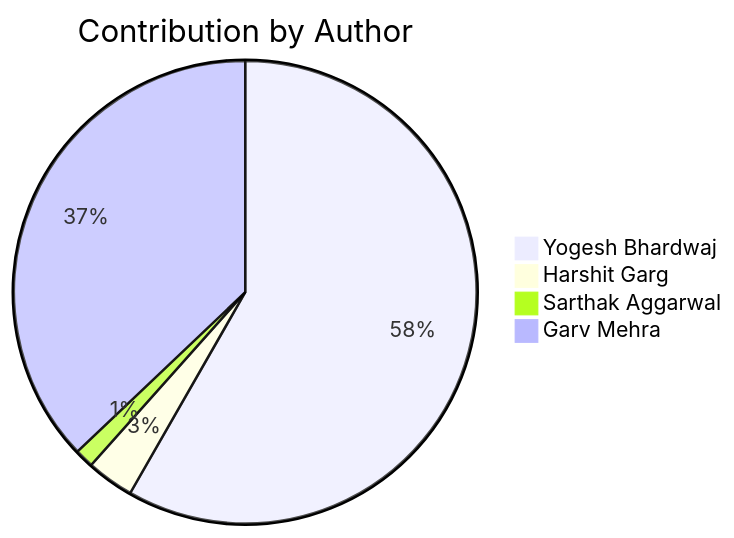
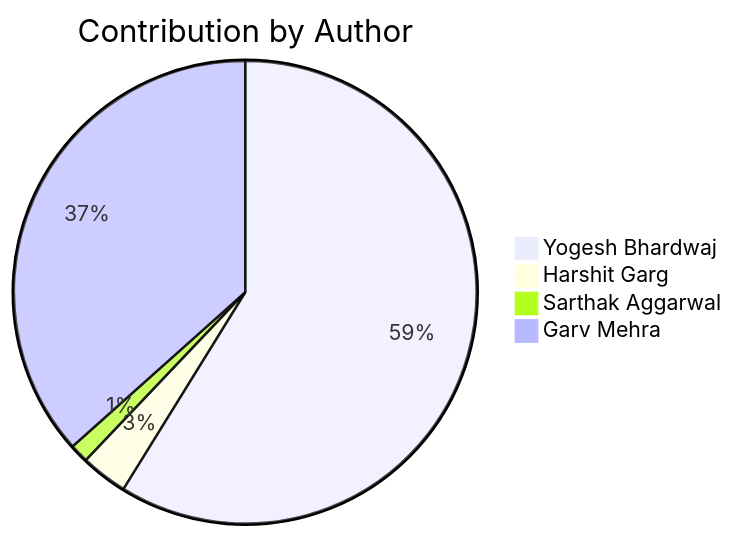
The second of 2 diagrams in README.md (Yogesh-Bhardwaj-hue/Scm-Final_2.0), drawn with Mermaid before and after one commit. The commit also changed other lines of this file, not shown here.

Commit message:
Update contribution charts

````diff
--- a/README.md
+++ b/README.md
@@ -192,7 +192,7 @@
 ```mermaid
 pie title Contribution by Author
-    "Yogesh Bhardwaj": 88
+    "Yogesh Bhardwaj": 90
     "Harshit Garg": 5
     "Sarthak Aggarwal": 2
     "Garv Mehra": 56
 ```
````
